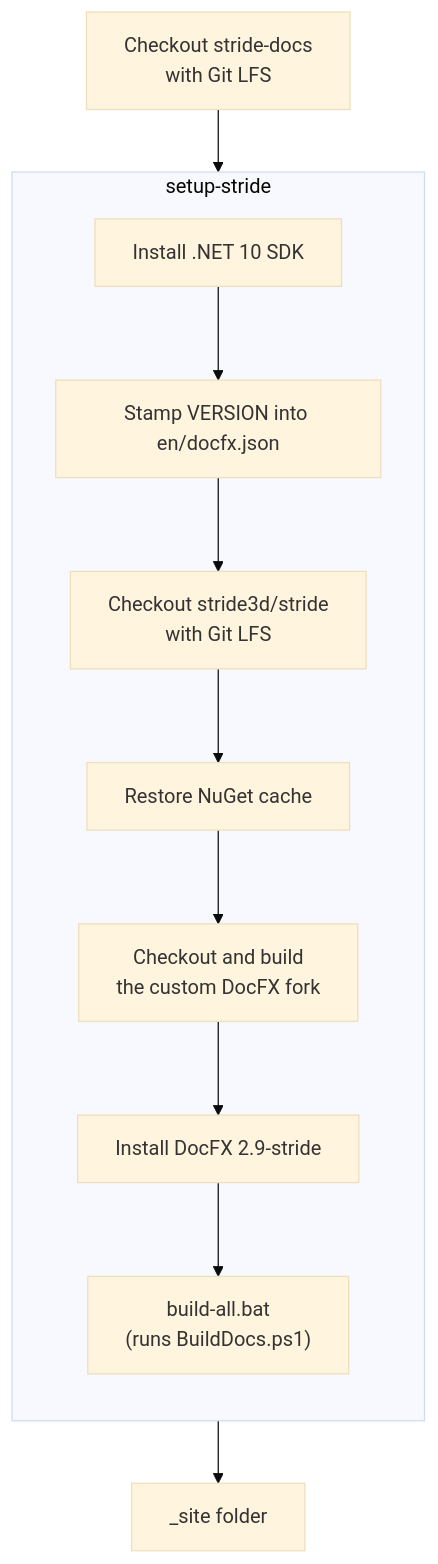
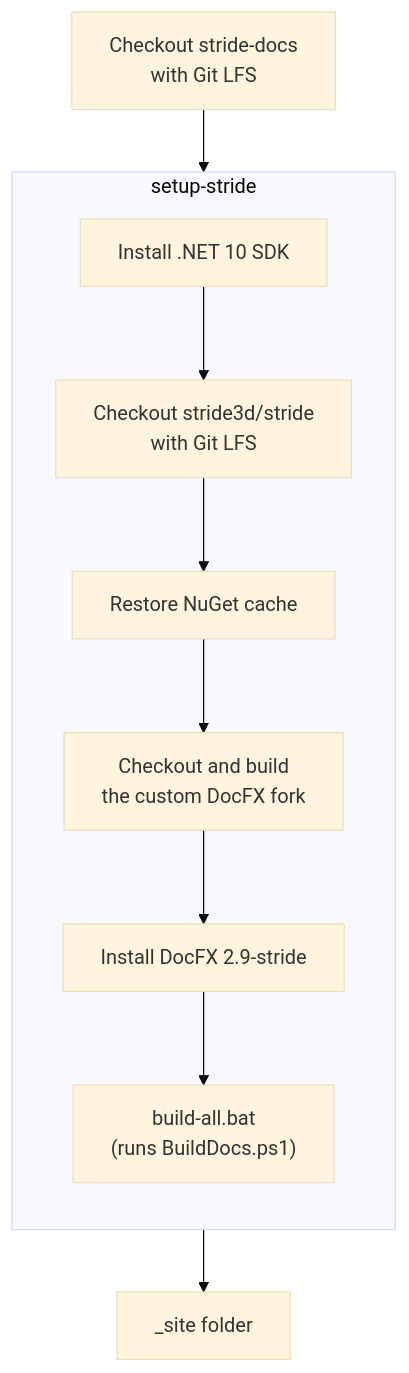
One commit to stride3d/stride-docs changed the second of 3 diagrams in en/contributors/documentation/github-actions.md. Above: the diagram before and after it, drawn with Mermaid (base theme). The commit also changed other lines of this file and 7 other files, not shown here.

First line of the commit message:
feat: Footer and build.json reference the stride-docs and stride commits of the build

````diff
--- a/en/contributors/documentation/github-actions.md
+++ b/en/contributors/documentation/github-actions.md
@@ -74,16 +74,15 @@
 ``` mermaid
 flowchart TD
     A[Checkout stride-docs<br/>with Git LFS] --> B[setup-stride composite action]
 
     subgraph B[setup-stride]
       direction TB
-      B1[Install .NET 10 SDK] --> B2["Stamp VERSION into en/docfx.json"]
-      B2 --> B3[Checkout stride3d/stride<br/>with Git LFS]
+      B1[Install .NET 10 SDK] --> B3[Checkout stride3d/stride<br/>with Git LFS]
       B3 --> B4[Restore NuGet cache]
       B4 --> B5[Checkout and build<br/>the custom DocFX fork]
       B5 --> B6[Install DocFX 2.9-stride]
       B6 --> B7["build-all.bat<br/>(runs BuildDocs.ps1)"]
     end
 
     B --> C[_site folder]
 ```
````
